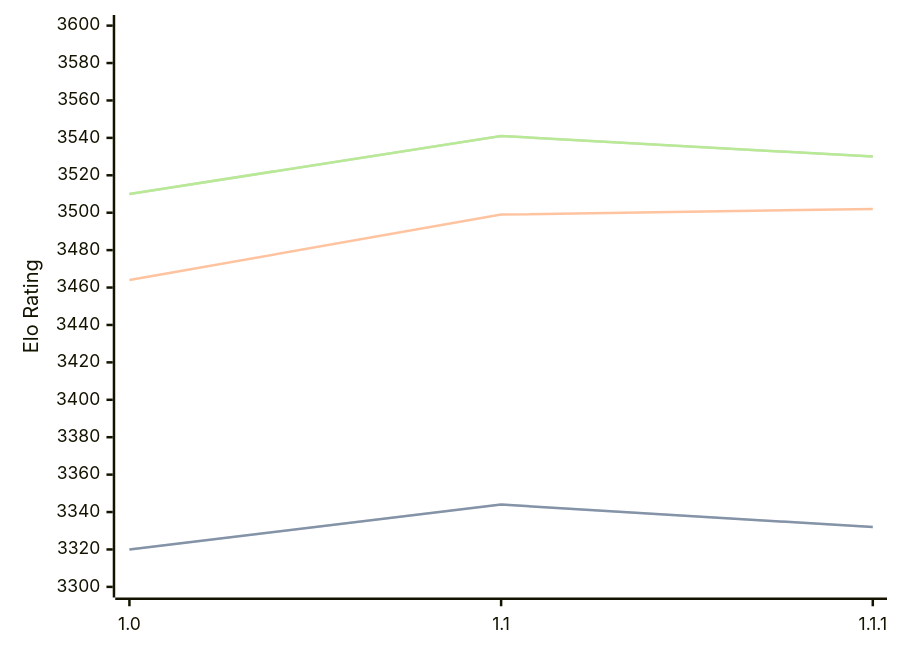
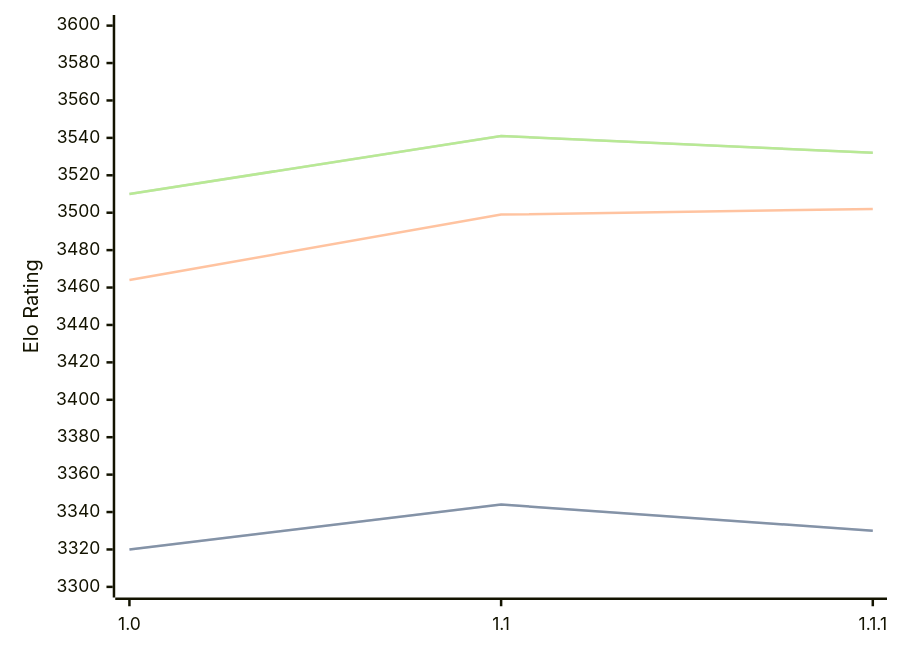
Before and after one commit to computer-chess-index/cci: the diagram in engines/Icarus.md, drawn with Mermaid. The commit also changed other lines of this file, not shown here.

Commit message:
Update CCI Ratings (ELO VLTC) - 2026-09-18

````diff
--- a/engines/Icarus.md
+++ b/engines/Icarus.md
@@ -33,11 +33,11 @@
 ```mermaid
 %%{init: {"theme":"base","themeVariables":{"seriesColors:['#a3a3a3','#222221','#faa371']}}}%%
 xychart-beta
   x-axis ["1.0", "1.1", "1.1.1"]
   y-axis "Elo Rating" 3300 --> 3600
-  line "" [3320, 3344, 3332]
-  line "STC (8.0+0.08s)" [3320, 3344, 3332]
+  line "" [3320, 3344, 3330]
+  line "STC (8.0+0.08s)" [3320, 3344, 3330]
   line "LTC (60.0+0.60s)" [3464, 3499, 3502]
-  line "" [3510, 3541, 3530]
-  line "VLTC (2m24s+1.12s)" [3510, 3541, 3530]
+  line "" [3510, 3541, 3532]
+  line "VLTC (2m24s+1.12s)" [3510, 3541, 3532]
 ```
````
